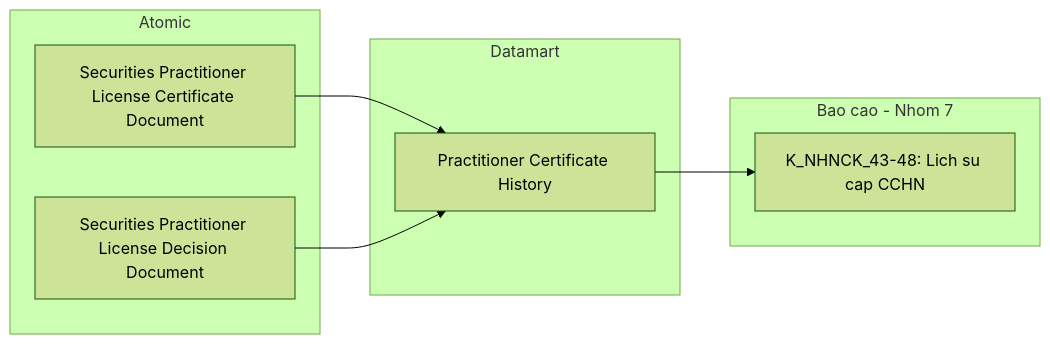
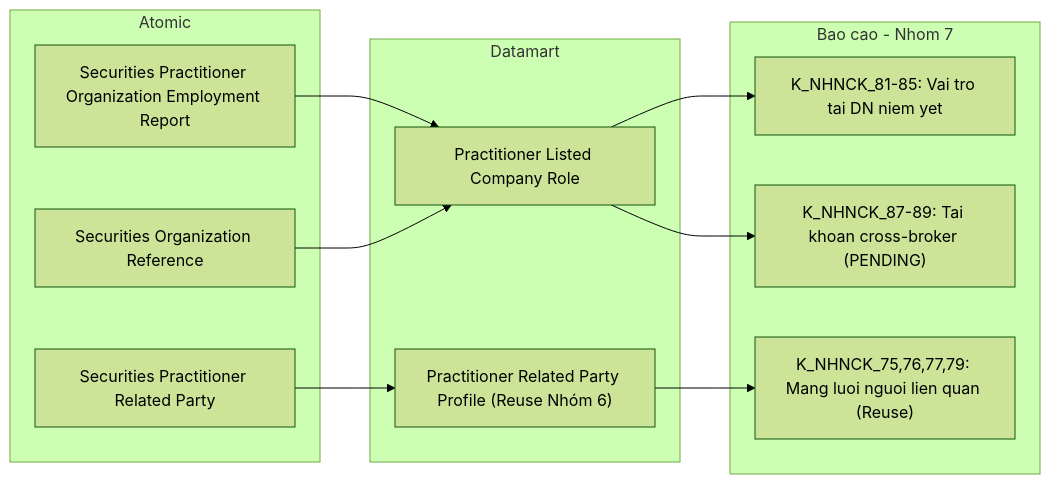
Diagram 27 of 40 in Datamart/hld/DTM_NHNCK_HLD.md (linhlvit/ubck_atomic_design), drawn with Mermaid (forest theme) before and after one commit. The commit also changed other lines of this file and 25 other files, not shown here.

````diff
--- a/Datamart/hld/DTM_NHNCK_HLD.md
+++ b/Datamart/hld/DTM_NHNCK_HLD.md
@@ -866,16 +1144,23 @@
 ```mermaid
 flowchart LR
     subgraph SIL["Atomic"]
-        SV1["Securities Practitioner License Certificate Document"]
-        SV2["Securities Practitioner License Decision Document"]
+        SV1["Securities Practitioner Organization Employment Report"]
+        SV2["Securities Organization Reference"]
+        SV3["Securities Practitioner Related Party"]
     end
     subgraph Datamart["Datamart"]
-        G1["Practitioner Certificate History"]
+        G1["Practitioner Listed Company Role"]
+        G2["Practitioner Related Party Profile (Reuse Nhóm 6)"]
     end
     subgraph RPT["Bao cao - Nhom 7"]
-        R1["K_NHNCK_43-48: Lich su cap CCHN"]
+        R1["K_NHNCK_81-85: Vai tro tai DN niem yet"]
+        R2["K_NHNCK_75,76,77,79: Mang luoi nguoi lien quan (Reuse)"]
+        R3["K_NHNCK_87-89: Tai khoan cross-broker (PENDING)"]
     end
     SV1 --> G1
     SV2 --> G1
+    SV3 --> G2
     G1 --> R1
+    G1 --> R3
+    G2 --> R2
 ```
````
